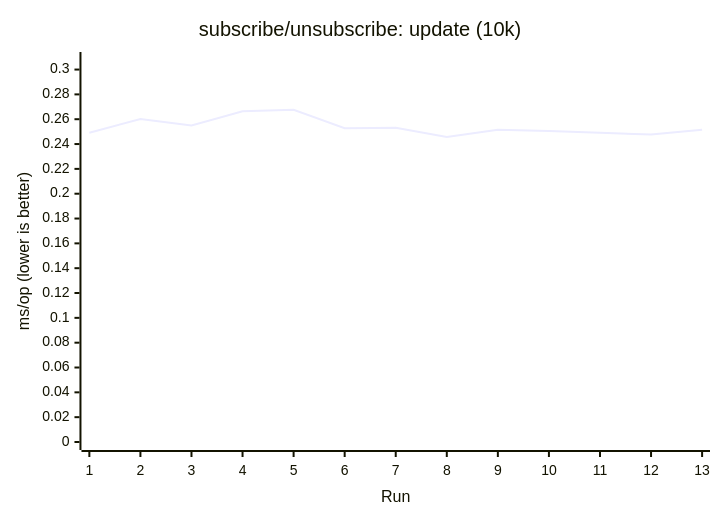
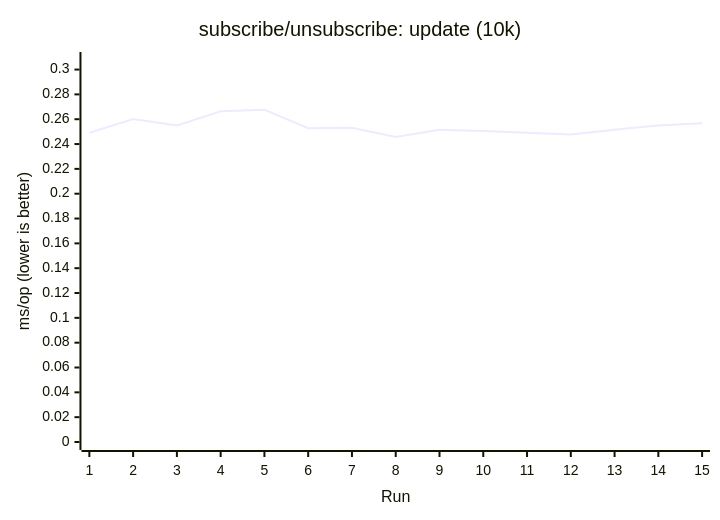
Before and after one commit to AIluffy/io: diagram 14 of 17 in apps/docs/src/content/docs/en/guides/benchmark.mdx, drawn with Mermaid. The commit also changed other lines of this file and 7 other files, not shown here.

````diff
--- a/apps/docs/src/content/docs/en/guides/benchmark.mdx
+++ b/apps/docs/src/content/docs/en/guides/benchmark.mdx
@@ -355,7 +371,7 @@
 ```mermaid
 xychart-beta
   title "subscribe/unsubscribe: update (10k)"
-  x-axis "Run" [1, 2, 3, 4, 5, 6, 7, 8, 9, 10, 11, 12, 13]
+  x-axis "Run" [1, 2, 3, 4, 5, 6, 7, 8, 9, 10, 11, 12, 13, 14, 15]
   y-axis "ms/op (lower is better)" 0 --> 0.3077
-  line [0.2491, 0.2601, 0.2549, 0.2664, 0.2676, 0.2528, 0.2531, 0.2456, 0.2515, 0.2505, 0.2491, 0.2476, 0.2516]
+  line [0.2491, 0.2601, 0.2549, 0.2664, 0.2676, 0.2528, 0.2531, 0.2456, 0.2515, 0.2505, 0.2491, 0.2476, 0.2516, 0.255, 0.2567]
 ```
````
